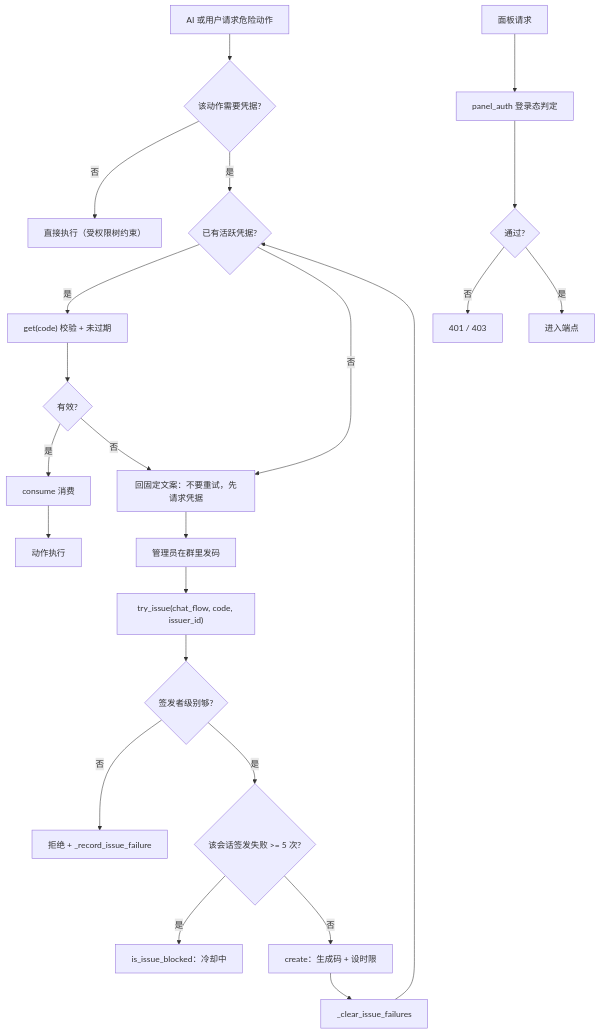
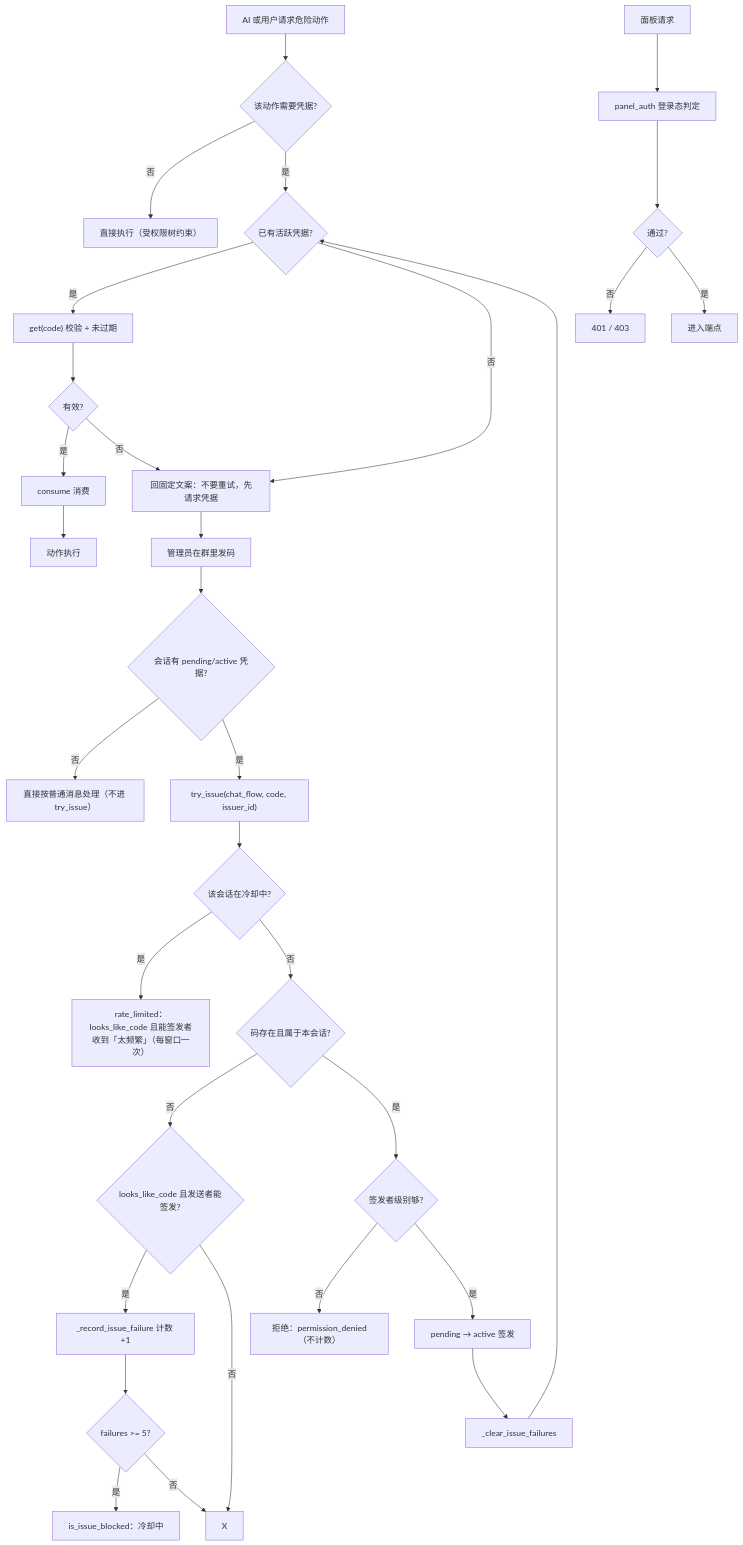
Before and after one commit to SuperQuail/NeoBot: the first of 8 diagrams in docs/flow/19-credentials-security.md, drawn with Mermaid. The commit also changed other lines of this file and 5 other files, not shown here.

````diff
--- a/docs/flow/19-credentials-security.md
+++ b/docs/flow/19-credentials-security.md
@@ -27,25 +27,34 @@
 ```mermaid
 flowchart TD
     A["AI 或用户请求危险动作"] --> B{"该动作需要凭据?"}
     B -- 否 --> C["直接执行（受权限树约束）"]
     B -- 是 --> D{"已有活跃凭据?"}
     D -- 是 --> E["get(code) 校验 + 未过期"]
     E --> F{"有效?"}
     F -- 是 --> G["consume 消费"]
     G --> H["动作执行"]
     F -- 否 --> I["回固定文案：不要重试，先请求凭据"]
     D -- 否 --> I
     I --> J["管理员在群里发码"]
-    J --> K["try_issue(chat_flow, code, issuer_id)"]
-    K --> L{"签发者级别够?"}
-    L -- 否 --> M["拒绝 + _record_issue_failure"]
-    L -- 是 --> N{"该会话签发失败 >= 5 次?"}
-    N -- 是 --> O["is_issue_blocked：冷却中"]
-    N -- 否 --> P["create：生成码 + 设时限"]
+    J --> J1{"会话有 pending/active 凭据?"}
+    J1 -- 否 --> X1["直接按普通消息处理（不进 try_issue）"]
+    J1 -- 是 --> K["try_issue(chat_flow, code, issuer_id)"]
+    K --> J2{"该会话在冷却中?"}
+    J2 -- 是 --> Z["rate_limited：looks_like_code 且能签发者收到「太频繁」（每窗口一次）"]
+    J2 -- 否 --> K1{"码存在且属于本会话?"}
+    K1 -- 否 --> K2{"looks_like_code 且发送者能签发?"}
+    K2 -- 是 --> K3["_record_issue_failure 计数 +1"]
+    K2 -- 否 --> X
+    K3 --> K4{"failures >= 5?"}
+    K4 -- 是 --> O["is_issue_blocked：冷却中"]
+    K4 -- 否 --> X
+    K1 -- 是 --> L{"签发者级别够?"}
+    L -- 否 --> M["拒绝：permission_denied（不计数）"]
+    L -- 是 --> P["pending → active 签发"]
     P --> Q["_clear_issue_failures"]
     Q --> D
     R["面板请求"] --> S["panel_auth 登录态判定"]
     S --> T{"通过?"}
     T -- 否 --> U["401 / 403"]
     T -- 是 --> V["进入端点"]
 ```
````
